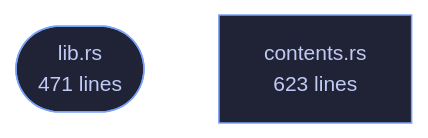
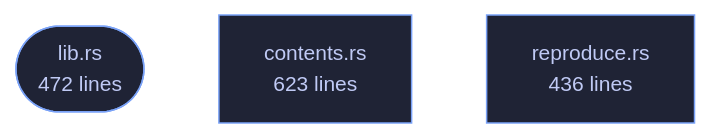
One commit to tilas01/veilvoice changed the diagram in wiki/Crate-veilvoice-check.md. Above: the diagram before and after it, drawn with Mermaid. The commit also changed other lines of this file and 118 other files, not shown here.

````diff
--- a/wiki/Crate-veilvoice-check.md
+++ b/wiki/Crate-veilvoice-check.md
@@ -80,8 +80,10 @@
 ```mermaid
 %%{init: {"theme":"base","themeVariables":{"background":"#1a1b26","primaryColor":"#1f2335","primaryTextColor":"#c0caf5","primaryBorderColor":"#7aa2f7","secondaryColor":"#16161e","tertiaryColor":"#16161e","lineColor":"#737aa2","textColor":"#c0caf5","mainBkg":"#1f2335","nodeBorder":"#7aa2f7","clusterBkg":"#16161e","clusterBorder":"#2f3549","fontFamily":"ui-monospace, SFMono-Regular, Consolas, monospace","fontSize":"14px"}}}%%
 flowchart TD
-    n_lib(["lib.rs<br/>471 lines"])
+    n_lib(["lib.rs<br/>472 lines"])
     n_contents["contents.rs<br/>623 lines"]
+    n_reproduce["reproduce.rs<br/>436 lines"]
     click n_lib href "https://github.com/tilas01/veilvoice/blob/main/crates/veilvoice-check/src/lib.rs" "open the source"
     click n_contents href "https://github.com/tilas01/veilvoice/blob/main/crates/veilvoice-check/src/contents.rs" "open the source"
+    click n_reproduce href "https://github.com/tilas01/veilvoice/blob/main/crates/veilvoice-check/src/reproduce.rs" "open the source"
 ```
````
